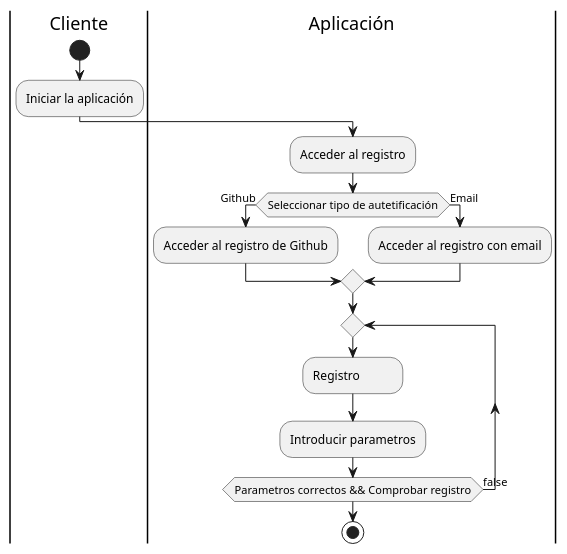
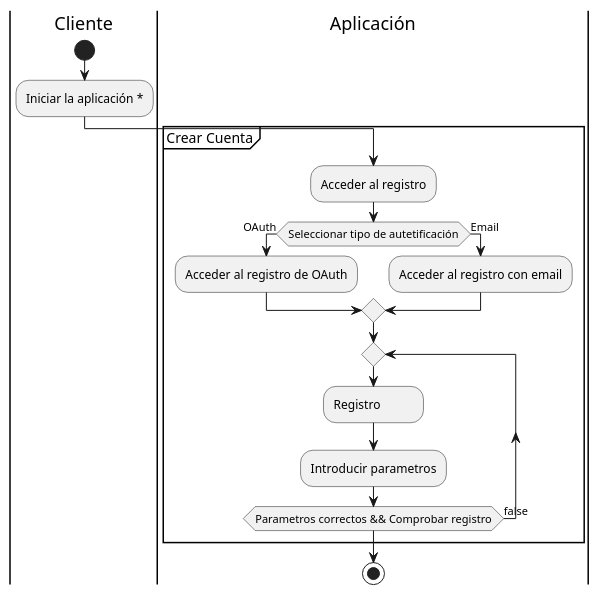
The diagram in UML/_6.1.ActivityDiagram.puml (nonodev96/THUMDER), drawn with PlantUML before and after one commit. The commit also changed 21 other files, not shown here.

Commit message:
Add control to Auth, routes, guards, and log out, and changes in UML

```diff
--- a/UML/_6.1.ActivityDiagram.puml
+++ b/UML/_6.1.ActivityDiagram.puml
@@ -1,32 +1,33 @@
 @startuml
 'https://plantuml.com/activity-diagram-beta
 
 'Crear una cuenta
 
 skinparam defaultFontName consolas
 skinparam minClassWidth 100
 skinparam conditionStyle inside
 
 |Cliente|
 
   start
-  :Iniciar la aplicación;
+  :Iniciar la aplicación *;
 
-  |Aplicación|
+partition "Crear Cuenta" {
+ |Aplicación|
   :Acceder al registro;
-  if (Seleccionar tipo de autetificación) then (Github)
-    :Acceder al registro de Github;
+  if (Seleccionar tipo de autetificación) then (OAuth)
+    :Acceder al registro de OAuth;
   else (Email)
     :Acceder al registro con email;
   endif
 
 |Aplicación|
 
   repeat
     :Registro;
     :Introducir parametros;
   repeat while (Parametros correctos && Comprobar registro) is (false)
-
+}
   stop
 
 @enduml
```
